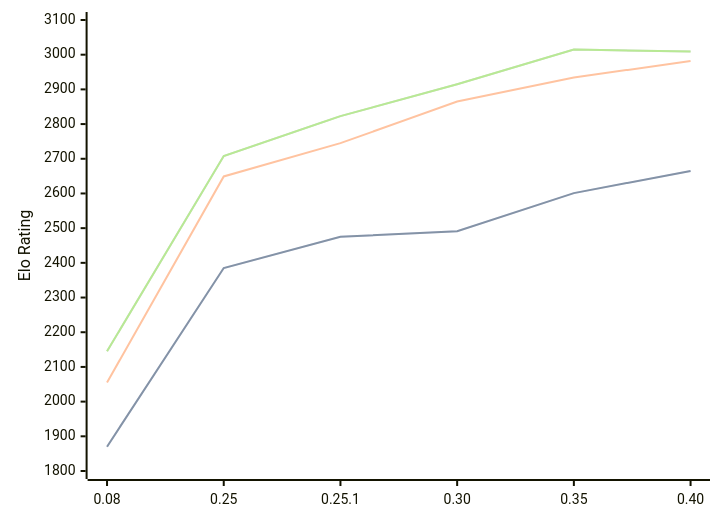
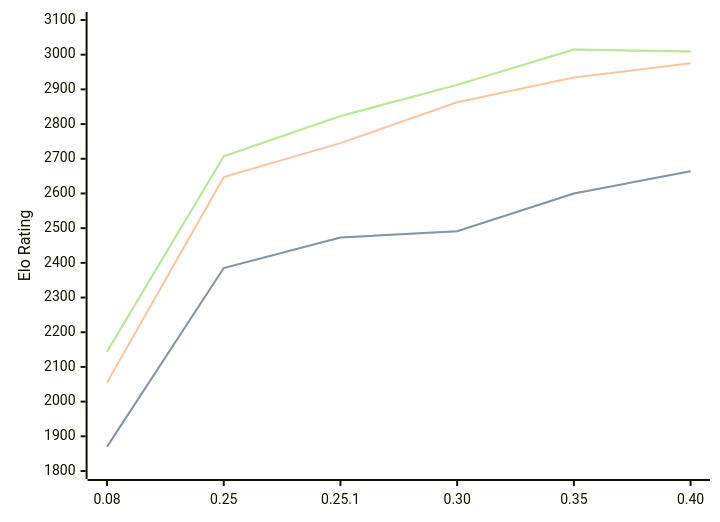
One commit to computer-chess-index/cci changed the third of 3 diagrams in engines/Gecko.md. Above: the diagram before and after it, drawn with Mermaid. The commit also changed other lines of this file, not shown here.

Commit message:
Update CCI Ratings (ELO VLTC) - 2026-06-27

````diff
--- a/engines/Gecko.md
+++ b/engines/Gecko.md
@@ -69,11 +69,11 @@
 ```mermaid
 %%{init: {"theme":"base","themeVariables":{"seriesColors:['#a3a3a3','#222221','#faa371']}}}%%
 xychart-beta
   x-axis ["0.08", "0.25", "0.25.1", "0.30", "0.35", "0.40"]
   y-axis "Elo Rating" 1800 --> 3100
-  line "STC (8.0+0.08s)" [1870, 2385, 2475, 2491, 2601, 2665]
-  line "STC (8.0+0.08s)" [1870, 2385, 2475, 2491, 2601, 2665]
-  line "LTC (60.0+0.60s)" [2055, 2649, 2745, 2865, 2934, 2982]
-  line "VLTC (2m24s+1.12s)" [2145, 2708, 2823, 2915, 3015, 3009]
-  line "VLTC (2m24s+1.12s)" [2145, 2708, 2823, 2915, 3015, 3009]
+  line "STC (8.0+0.08s)" [1870, 2385, 2473, 2491, 2600, 2664]
+  line "STC (8.0+0.08s)" [1870, 2385, 2473, 2491, 2600, 2664]
+  line "LTC (60.0+0.60s)" [2055, 2647, 2745, 2863, 2934, 2975]
+  line "VLTC (2m24s+1.12s)" [2144, 2707, 2823, 2913, 3015, 3009]
+  line "VLTC (2m24s+1.12s)" [2144, 2707, 2823, 2913, 3015, 3009]
 ```
````
